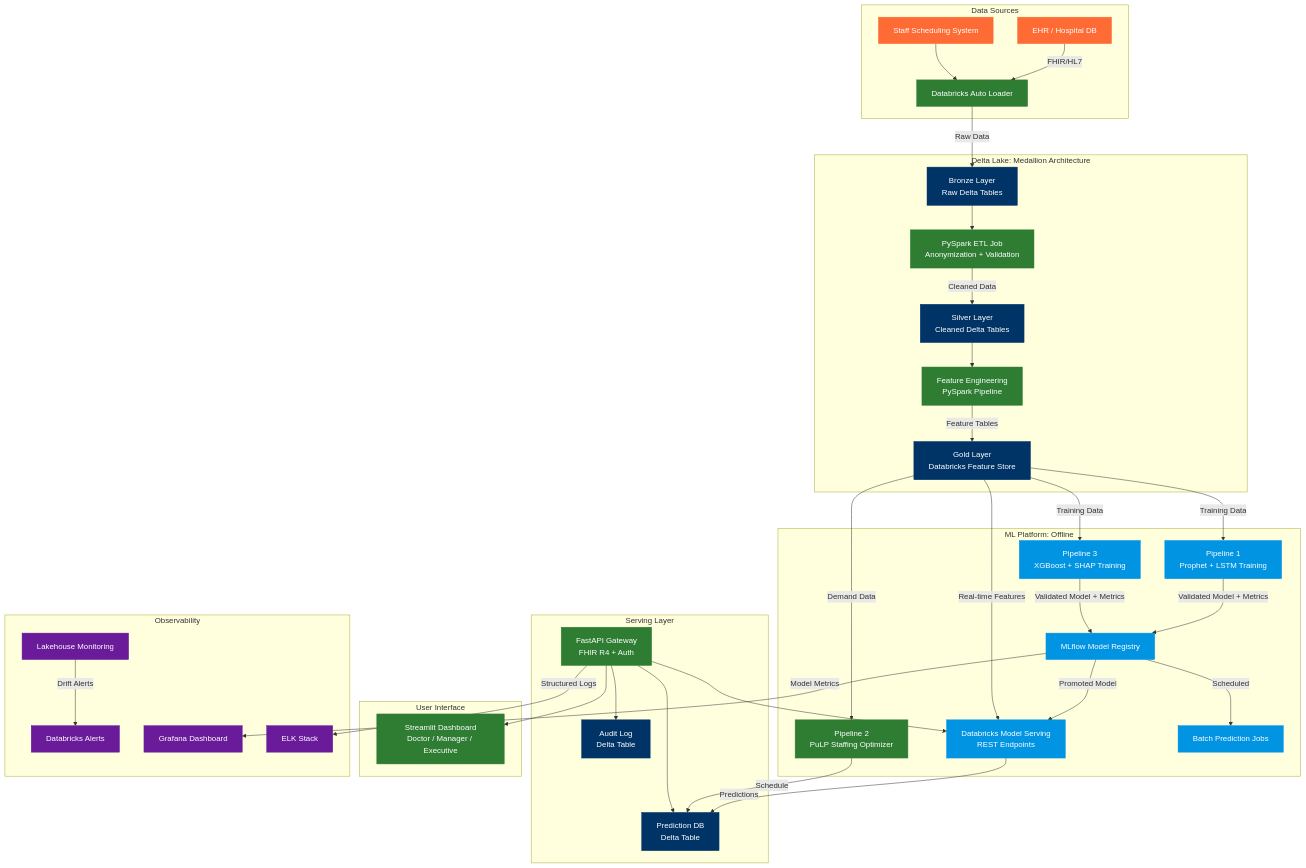
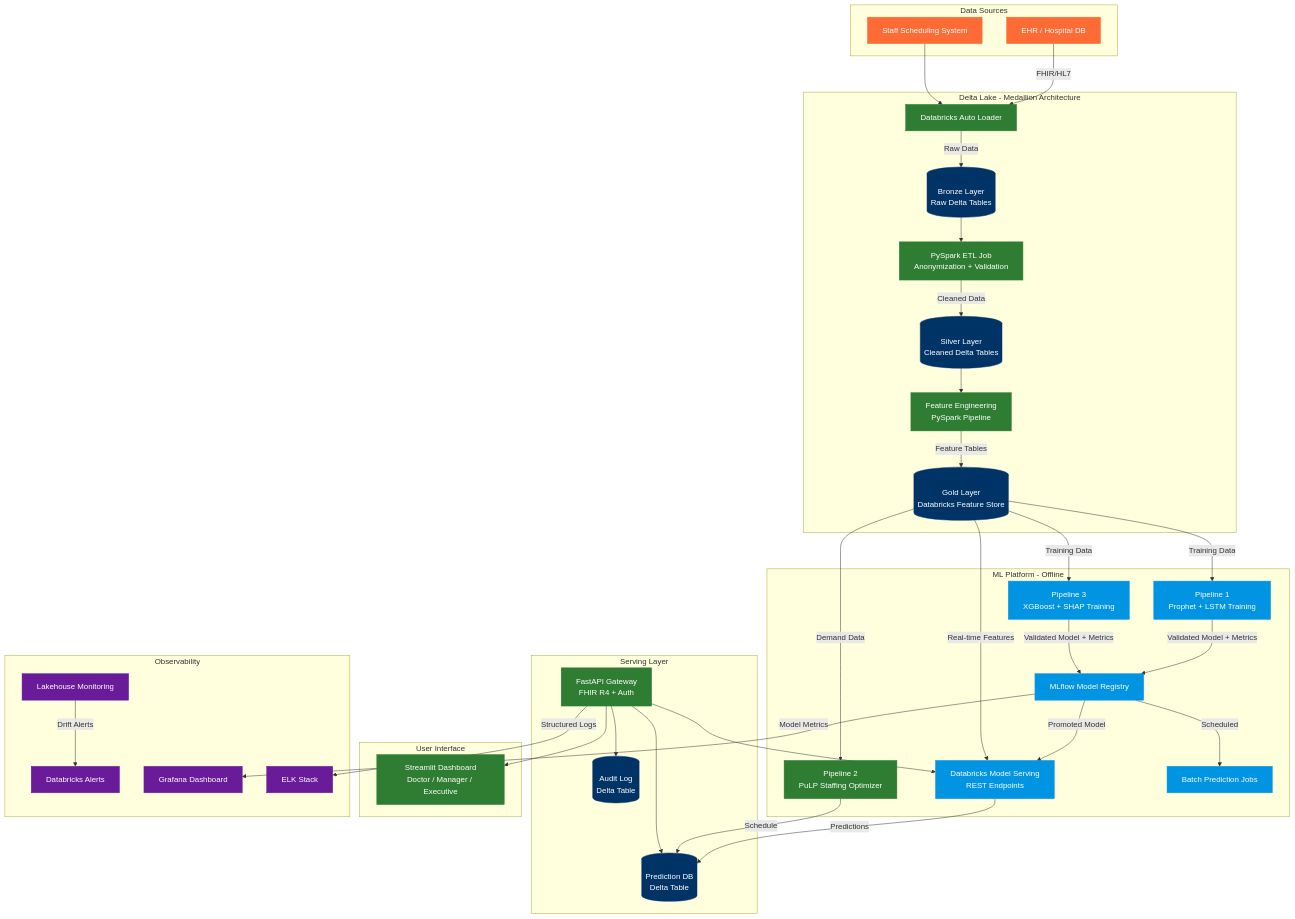
One commit to issyat/Predictive-Hospital-Optimization-System changed the diagram in README.md. Above: the diagram before and after it, drawn with Mermaid. The commit also changed other lines of this file, not shown here.

First line of the commit message:
docs(readme): fix Mermaid diagram rendering and rewrite full README

````diff
--- a/README.md
+++ b/README.md
@@ -86,58 +86,85 @@
 ```mermaid
-flowchart TD
-    subgraph ds["Data Sources"]
-        ehr["EHR / Hospital DB"] -->|FHIR/HL7| autoLoader["Databricks Auto Loader"]
-        staff["Staff Scheduling System"] --> autoLoader
+graph TD
+    subgraph Sources["Data Sources"]
+        EHR["EHR / Hospital DB"]
+        Staff["Staff Scheduling System"]
     end
 
-    subgraph medallion["Delta Lake: Medallion Architecture"]
-        autoLoader -->|Raw Data| bronze["Bronze Layer<br/>Raw Delta Tables"]
-        bronze --> etl["PySpark ETL Job<br/>Anonymization + Validation"]
-        etl -->|Cleaned Data| silver["Silver Layer<br/>Cleaned Delta Tables"]
-        silver --> fe["Feature Engineering<br/>PySpark Pipeline"]
-        fe -->|Feature Tables| gold["Gold Layer<br/>Databricks Feature Store"]
+    subgraph Medallion["Delta Lake - Medallion Architecture"]
+        AutoLoader["Databricks Auto Loader"]
+        Bronze[("Bronze Layer<br/>Raw Delta Tables")]
+        ETL["PySpark ETL Job<br/>Anonymization + Validation"]
+        Silver[("Silver Layer<br/>Cleaned Delta Tables")]
+        FE["Feature Engineering<br/>PySpark Pipeline"]
+        Gold[("Gold Layer<br/>Databricks Feature Store")]
     end
 
-    subgraph ml["ML Platform: Offline"]
-        gold -->|Training Data| trainForecast["Pipeline 1<br/>Prophet + LSTM Training"]
-        gold -->|Training Data| trainAlert["Pipeline 3<br/>XGBoost + SHAP Training"]
-        gold -->|Demand Data| optimizer["Pipeline 2<br/>PuLP Staffing Optimizer"]
-
-        trainForecast -->|Validated Model + Metrics| mlflowReg["MLflow Model Registry"]
-        trainAlert -->|Validated Model + Metrics| mlflowReg
-        mlflowReg -->|Promoted Model| modelServing["Databricks Model Serving<br/>REST Endpoints"]
-        mlflowReg -->|Scheduled| batchJob["Batch Prediction Jobs"]
+    subgraph MLPlatform["ML Platform - Offline"]
+        Train_Forecast["Pipeline 1<br/>Prophet + LSTM Training"]
+        Train_Alert["Pipeline 3<br/>XGBoost + SHAP Training"]
+        Optimizer["Pipeline 2<br/>PuLP Staffing Optimizer"]
+        MLflowReg["MLflow Model Registry"]
+        ModelServing["Databricks Model Serving<br/>REST Endpoints"]
+        BatchJob["Batch Prediction Jobs"]
     end
 
-    subgraph serving["Serving Layer"]
-        gold -->|Real-time Features| modelServing
-        modelServing -->|Predictions| predDb["Prediction DB<br/>Delta Table"]
-        optimizer -->|Schedule| predDb
-
-        apiGateway["FastAPI Gateway<br/>FHIR R4 + Auth"] --> modelServing
-        apiGateway --> predDb
-        apiGateway --> auditDb["Audit Log<br/>Delta Table"]
+    subgraph Serving["Serving Layer"]
+        PredDB[("Prediction DB<br/>Delta Table")]
+        APIGateway["FastAPI Gateway<br/>FHIR R4 + Auth"]
+        AuditDB[("Audit Log<br/>Delta Table")]
     end
 
-    subgraph ui["User Interface"]
-        apiGateway --> dashboard["Streamlit Dashboard<br/>Doctor / Manager / Executive"]
+    subgraph UI["User Interface"]
+        Dashboard["Streamlit Dashboard<br/>Doctor / Manager / Executive"]
     end
 
-    subgraph obs["Observability"]
-        lhm["Lakehouse Monitoring"] -->|Drift Alerts| alerts["Databricks Alerts"]
-        mlflowReg -->|Model Metrics| grafana["Grafana Dashboard"]
-        apiGateway -->|Structured Logs| elk["ELK Stack"]
+    subgraph Observability["Observability"]
+        LHM["Lakehouse Monitoring"]
+        Alerts["Databricks Alerts"]
+        Grafana["Grafana Dashboard"]
+        ELK["ELK Stack"]
     end
 
-    classDef delta fill:#003366,color:#fff,stroke:#003366;
-    classDef mlflow fill:#0194E2,color:#fff,stroke:#0194E2;
-    classDef api fill:#2E7D32,color:#fff,stroke:#2E7D32;
-    classDef source fill:#FF6B35,color:#fff,stroke:#FF6B35;
-    classDef monitor fill:#6A1B9A,color:#fff,stroke:#6A1B9A;
+    EHR -->|"FHIR/HL7"| AutoLoader
+    Staff --> AutoLoader
+    AutoLoader -->|"Raw Data"| Bronze
+    Bronze --> ETL
+    ETL -->|"Cleaned Data"| Silver
+    Silver --> FE
+    FE -->|"Feature Tables"| Gold
 
-    class bronze,silver,gold,predDb,auditDb delta;
-    class trainForecast,trainAlert,mlflowReg,modelServing,batchJob mlflow;
-    class fe,etl,autoLoader,optimizer,apiGateway,dashboard api;
-    class ehr,staff source;
-    class lhm,alerts,grafana,elk monitor;
+    Gold -->|"Training Data"| Train_Forecast
+    Gold -->|"Training Data"| Train_Alert
+    Gold -->|"Demand Data"| Optimizer
+
+    Train_Forecast -->|"Validated Model + Metrics"| MLflowReg
+    Train_Alert -->|"Validated Model + Metrics"| MLflowReg
+    MLflowReg -->|"Promoted Model"| ModelServing
+    MLflowReg -->|"Scheduled"| BatchJob
+
+    Gold -->|"Real-time Features"| ModelServing
+    ModelServing -->|"Predictions"| PredDB
+    Optimizer -->|"Schedule"| PredDB
+
+    APIGateway --> ModelServing
+    APIGateway --> PredDB
+    APIGateway --> AuditDB
+
+    APIGateway --> Dashboard
+
+    LHM -->|"Drift Alerts"| Alerts
+    MLflowReg -->|"Model Metrics"| Grafana
+    APIGateway -->|"Structured Logs"| ELK
+
+    classDef delta fill:#003366,color:#fff,stroke:#003366
+    classDef mlflow fill:#0194E2,color:#fff,stroke:#0194E2
+    classDef api fill:#2E7D32,color:#fff,stroke:#2E7D32
+    classDef source fill:#FF6B35,color:#fff,stroke:#FF6B35
+    classDef monitor fill:#6A1B9A,color:#fff,stroke:#6A1B9A
+
+    class Bronze,Silver,Gold,PredDB,AuditDB delta
+    class Train_Forecast,Train_Alert,MLflowReg,ModelServing,BatchJob mlflow
+    class FE,ETL,AutoLoader,Optimizer,APIGateway,Dashboard api
+    class EHR,Staff source
+    class LHM,Alerts,Grafana,ELK monitor
 ```
````
